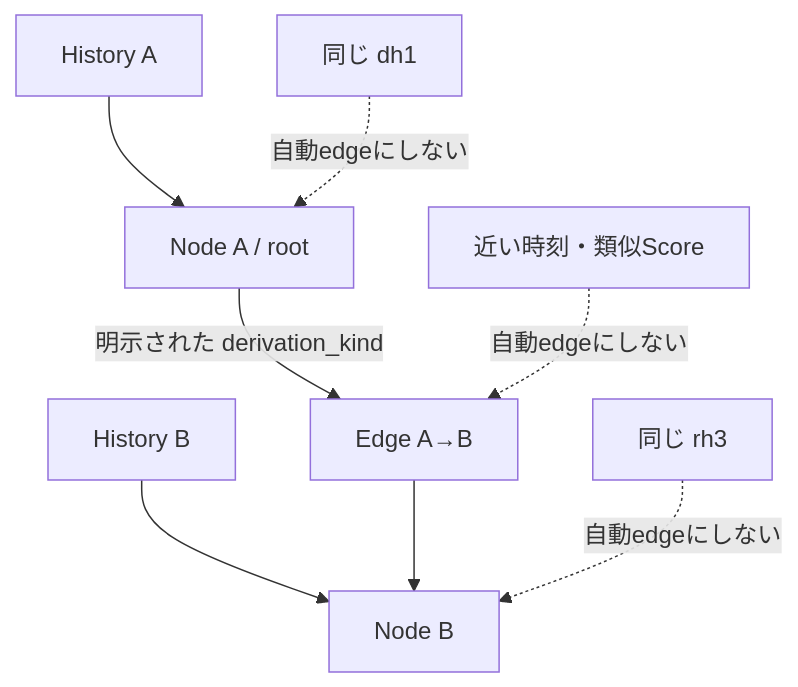
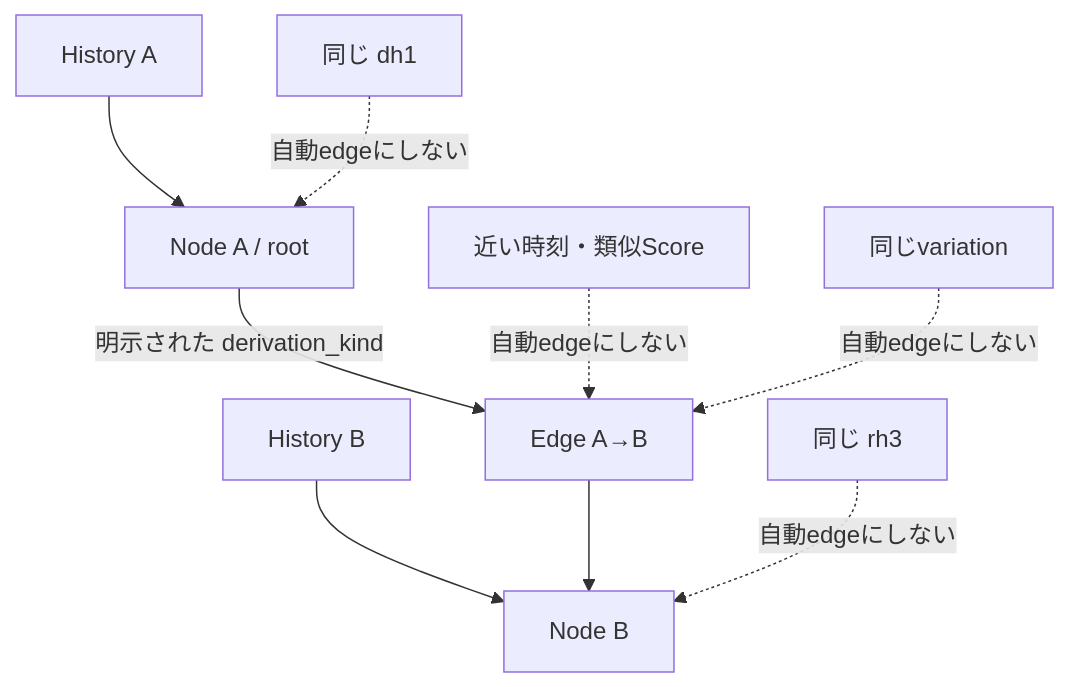
The fourth of 5 diagrams in docs/architecture/data-history-lineage.ja.md (oikawas/inku-lang), drawn with Mermaid before and after one commit. The commit also changed other lines of this file and 27 other files, not shown here.

First line of the commit message:
Update architecture documents for the shared Rust pipeline

````diff
--- a/docs/architecture/data-history-lineage.ja.md
+++ b/docs/architecture/data-history-lineage.ja.md
@@ -72,10 +142,11 @@
 ```mermaid
 flowchart TD
     ROOT_H["History A"] --> ROOT_N["Node A / root"]
     CHILD_H["History B"] --> CHILD_N["Node B"]
     ROOT_N -->|"明示された derivation_kind"| EDGE["Edge A→B"]
     EDGE --> CHILD_N
     SAME_DH["同じ dh1"] -.->|"自動edgeにしない"| ROOT_N
     SAME_RH["同じ rh3"] -.->|"自動edgeにしない"| CHILD_N
     TIME["近い時刻・類似Score"] -.->|"自動edgeにしない"| EDGE
+    SAME_VAR["同じvariation"] -.->|"自動edgeにしない"| EDGE
 ```
````
